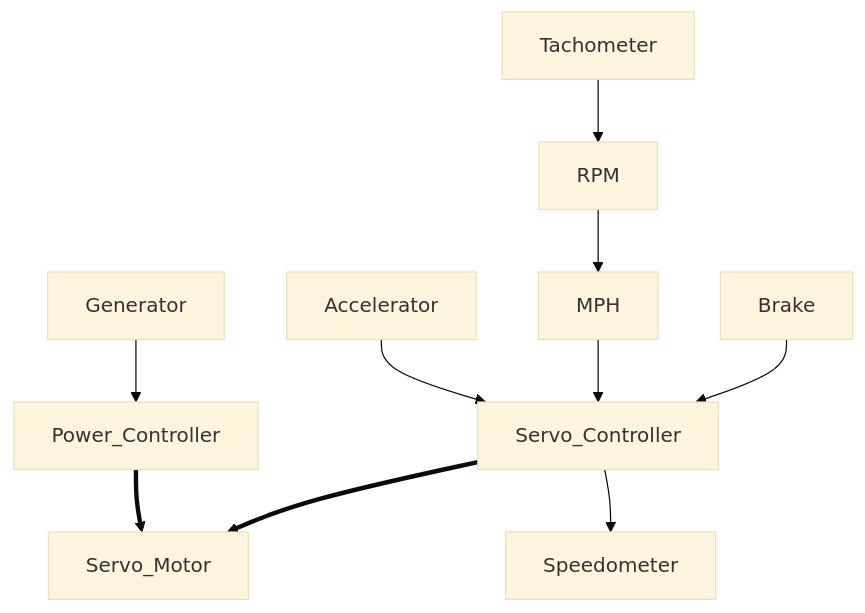
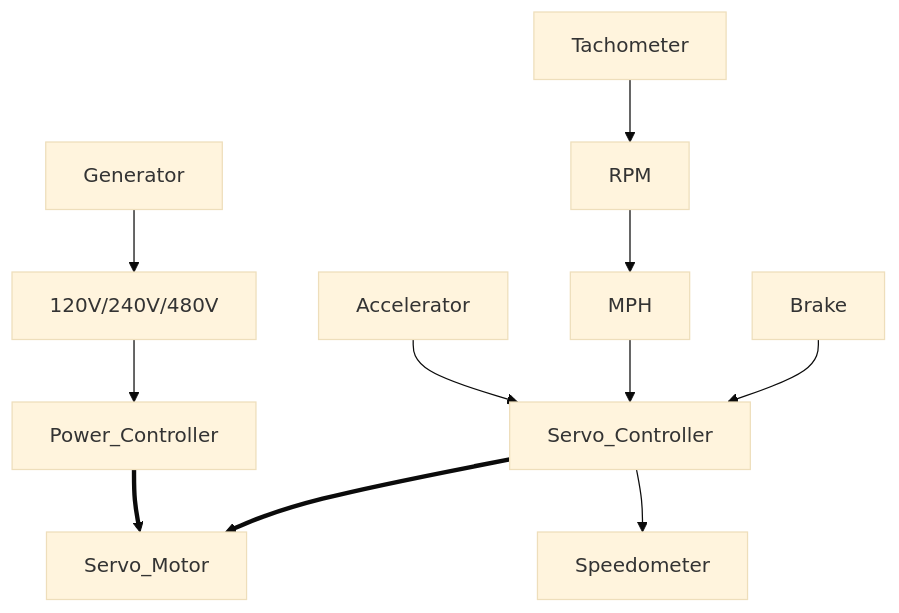
One commit to gleatd01/Linear-Hybrid-Conversion changed the diagram in README.md. Above: the diagram before and after it, drawn with Mermaid (base theme).

````diff
--- a/README.md
+++ b/README.md
@@ -20,8 +20,8 @@
 ```mermaid
 graph TD;
-    Generator-->Power_Controller==>Servo_Motor;
+    Generator-->120V/240V/480V-->Power_Controller==>Servo_Motor;
     Accelerator-->Servo_Controller==>Servo_Motor;
     Tachometer-->RPM-->MPH-->Servo_Controller;
     Brake-->Servo_Controller;
     Servo_Controller-->Speedometer;
 ```
````
